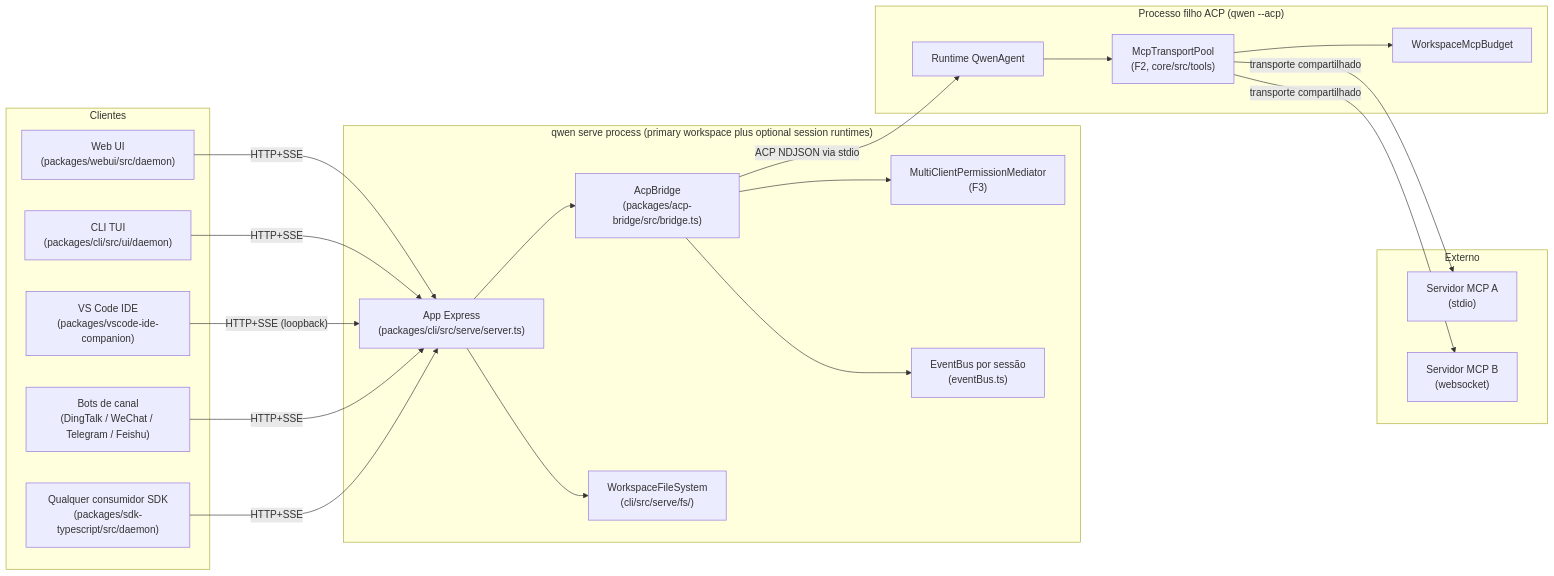
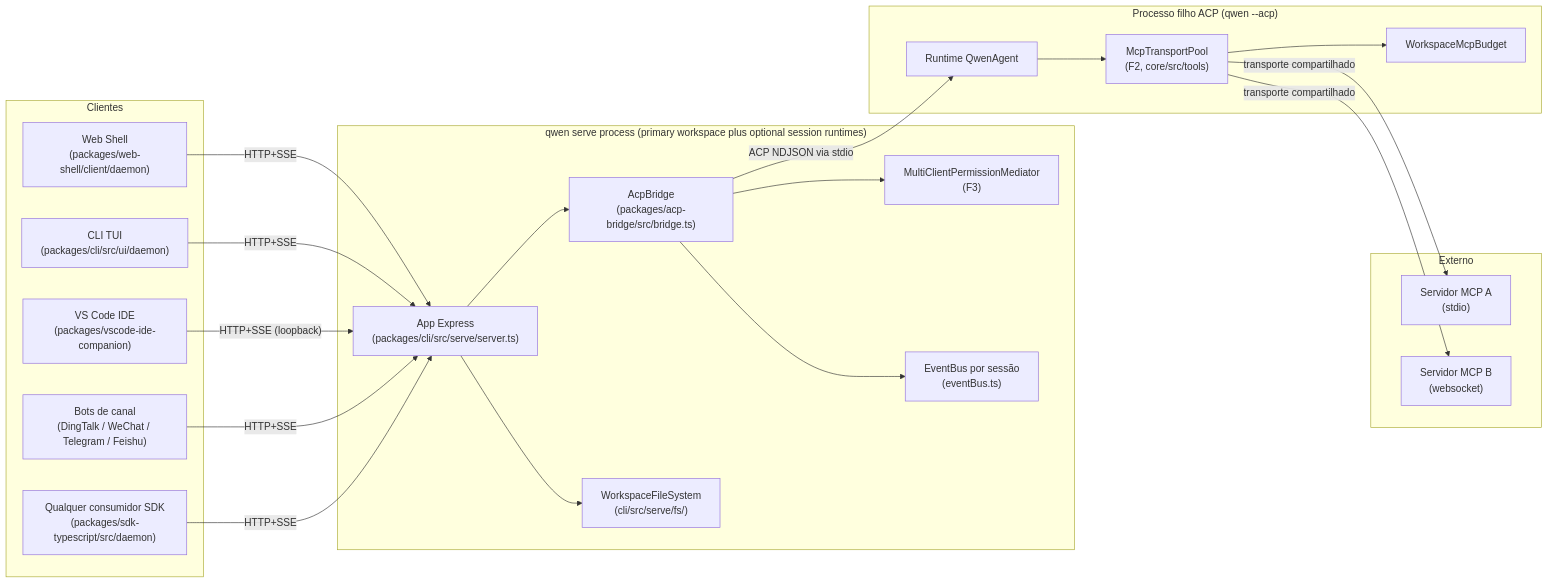
One commit to QwenLM/qwen-code-docs changed the first of 7 diagrams in website/content/pt-BR/developers/daemon/01-architecture.md. Above: the diagram before and after it, drawn with Mermaid. The commit also changed other lines of this file and 272 other files, not shown here.

````diff
--- a/website/content/pt-BR/developers/daemon/01-architecture.md
+++ b/website/content/pt-BR/developers/daemon/01-architecture.md
@@ -13,46 +13,46 @@
 ```mermaid
 flowchart LR
     subgraph clients["Clientes"]
-        WUI["Web UI<br/>(packages/webui/src/daemon)"]
+        WUI["Web Shell<br/>(packages/web-shell/client/daemon)"]
         TUI["CLI TUI<br/>(packages/cli/src/ui/daemon)"]
         IDE["VS Code IDE<br/>(packages/vscode-ide-companion)"]
         CH["Bots de canal<br/>(DingTalk / WeChat / Telegram / Feishu)"]
         SDK["Qualquer consumidor SDK<br/>(packages/sdk-typescript/src/daemon)"]
     end
 
     subgraph daemon["qwen serve process (primary workspace plus optional session runtimes)"]
         EXP["App Express<br/>(packages/cli/src/serve/server.ts)"]
         BR["AcpBridge<br/>(packages/acp-bridge/src/bridge.ts)"]
         MED["MultiClientPermissionMediator<br/>(F3)"]
         EB["EventBus por sessão<br/>(eventBus.ts)"]
         FS["WorkspaceFileSystem<br/>(cli/src/serve/fs/)"]
     end
 
     subgraph child["Processo filho ACP (qwen --acp)"]
         AGT["Runtime QwenAgent"]
         POOL["McpTransportPool<br/>(F2, core/src/tools)"]
         BDG["WorkspaceMcpBudget"]
     end
 
     subgraph external["Externo"]
         MCP1["Servidor MCP A<br/>(stdio)"]
         MCP2["Servidor MCP B<br/>(websocket)"]
     end
 
     WUI -- "HTTP+SSE" --> EXP
     TUI -- "HTTP+SSE" --> EXP
     IDE -- "HTTP+SSE (loopback)" --> EXP
     CH -- "HTTP+SSE" --> EXP
     SDK -- "HTTP+SSE" --> EXP
 
     EXP --> BR
     BR --> MED
     BR --> EB
     EXP --> FS
 
     BR -- "ACP NDJSON via stdio" --> AGT
     AGT --> POOL
     POOL --> BDG
     POOL -- "transporte compartilhado" --> MCP1
     POOL -- "transporte compartilhado" --> MCP2
 ```
````
